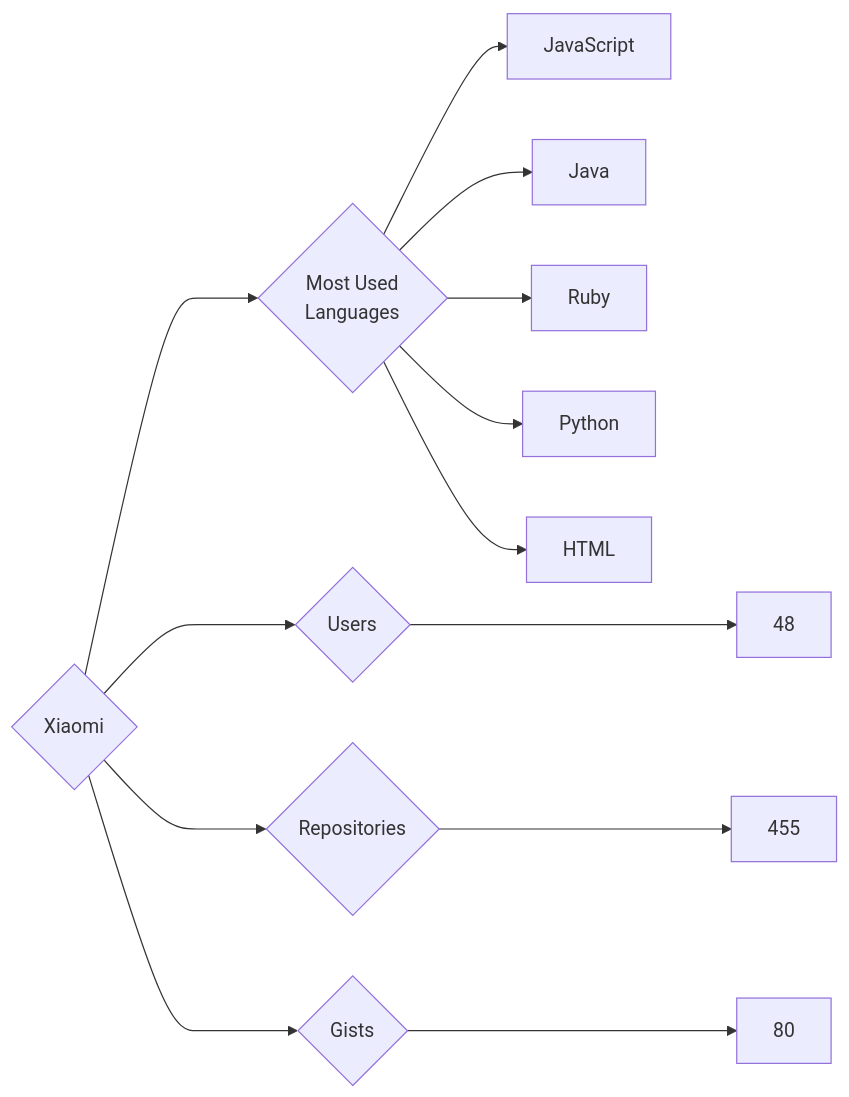
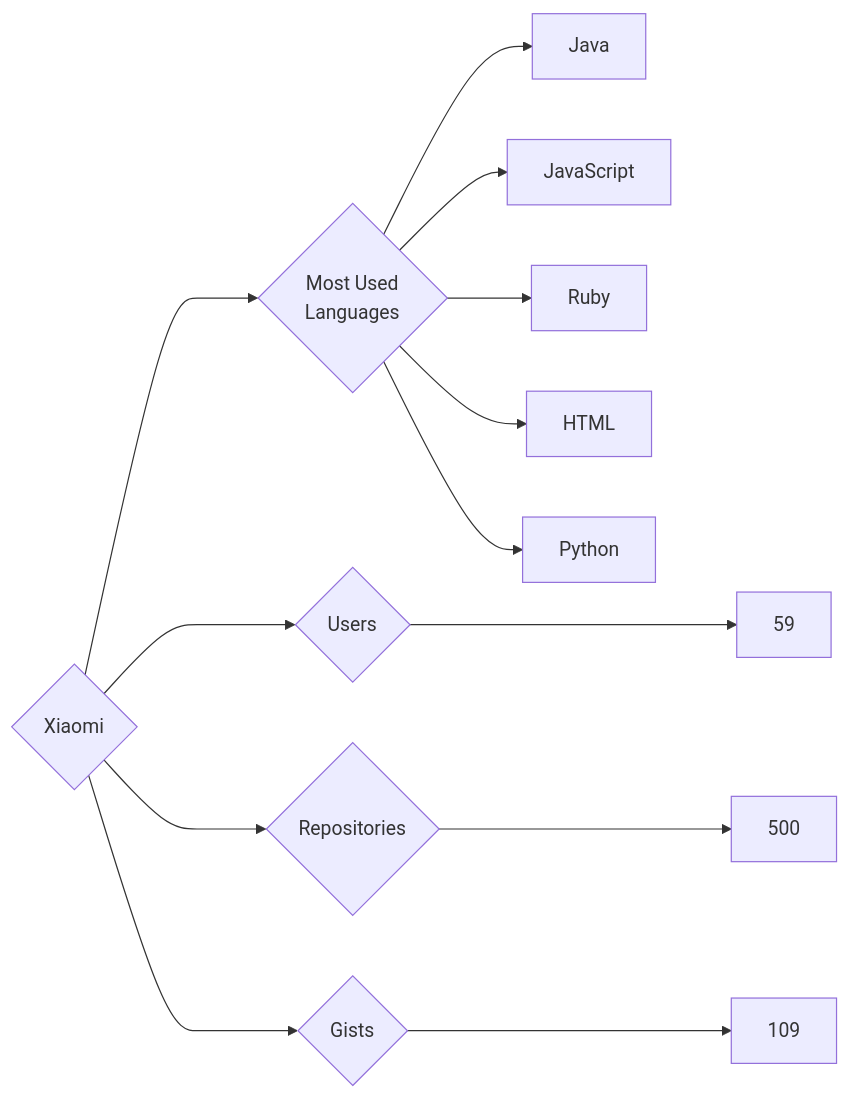
The diagram in targets/Xiaomi/README.md (trickest/insiders), drawn with Mermaid before and after one commit. The commit also changed 794 other files, not shown here.

````diff
--- a/targets/Xiaomi/README.md
+++ b/targets/Xiaomi/README.md
@@ -3,13 +3,13 @@
 ```mermaid
 graph LR
 COMPANY_NAME{Xiaomi}
-COMPANY_NAME ---> U{Users} ---> UN[48]
-COMPANY_NAME ---> R{Repositories} ---> RN[455]
-COMPANY_NAME ---> G{Gists} ---> GN[80]
+COMPANY_NAME ---> U{Users} ---> UN[59]
+COMPANY_NAME ---> R{Repositories} ---> RN[500]
+COMPANY_NAME ---> G{Gists} ---> GN[109]
 COMPANY_NAME ---> ML{Most Used<br>Languages}
+ML --> Java[Java]
 ML --> JavaScript[JavaScript]
-ML --> Java[Java]
 ML --> Ruby[Ruby]
+ML --> HTML[HTML]
 ML --> Python[Python]
-ML --> HTML[HTML]
 ```
````
